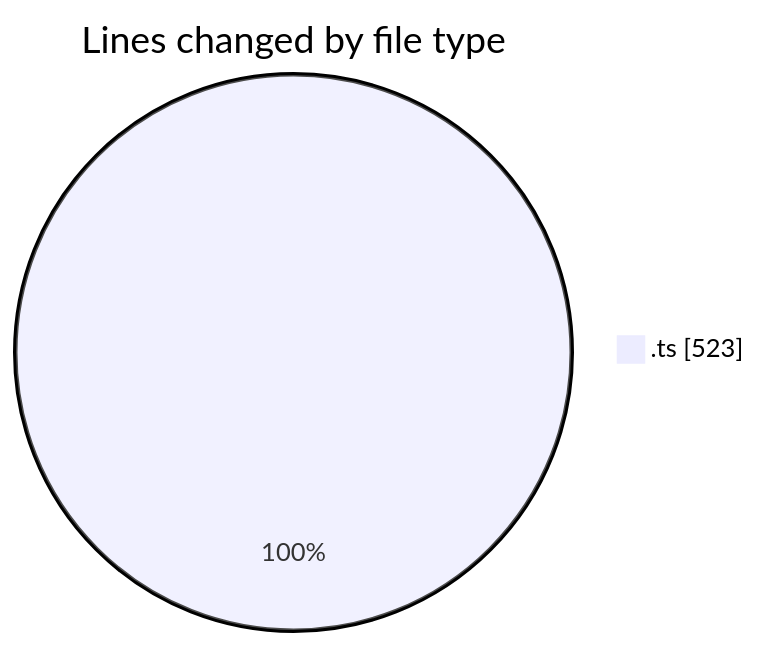
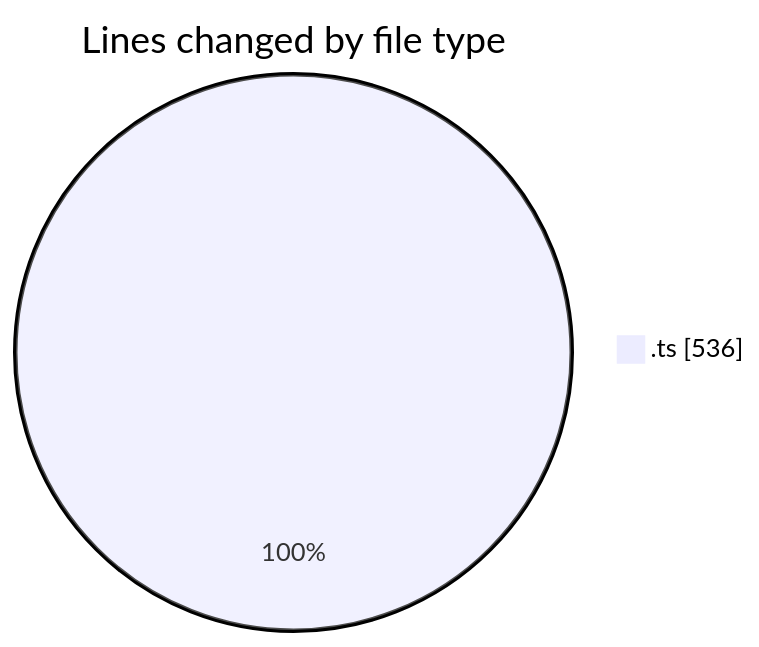
The first of 2 diagrams in 2025-06-24/cda/README.md (momahboobian/code-tracking), drawn with Mermaid before and after one commit. The commit also changed other lines of this file and 1 other file, not shown here.

````diff
--- a/2025-06-24/cda/README.md
+++ b/2025-06-24/cda/README.md
@@ -20,5 +20,5 @@
 ```mermaid
 pie showData
 title Lines changed by file type
-".ts" : 523
+".ts" : 536
 ```
````
